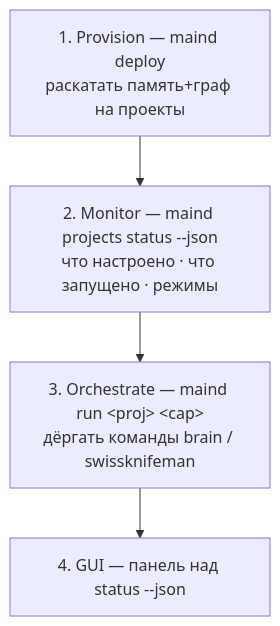
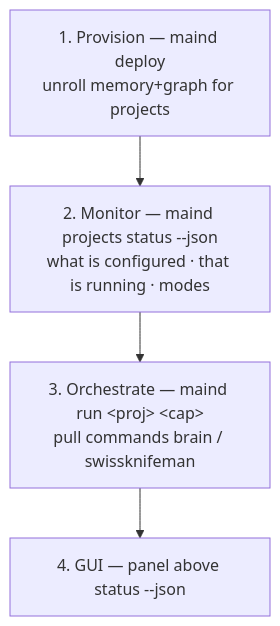
The sixth of 6 diagrams in packages/maind/docs/ecosystem.md (academici/swissknifeman), drawn with Mermaid before and after one commit. The commit also changed other lines of this file and 1553 other files, not shown here.

````diff
--- a/packages/maind/docs/ecosystem.md
+++ b/packages/maind/docs/ecosystem.md
@@ -133,8 +133,8 @@
 ```mermaid
 flowchart TD
-  P["1. Provision — maind deploy<br/>раскатать память+граф на проекты"]
-  M["2. Monitor — maind projects status --json<br/>что настроено · что запущено · режимы"]
-  O["3. Orchestrate — maind run &lt;proj&gt; &lt;cap&gt;<br/>дёргать команды brain / swissknifeman"]
-  G["4. GUI — панель над status --json"]
+  P["1. Provision — maind deploy<br/>unroll memory+graph for projects"]
+  M["2. Monitor — maind projects status --json<br/>what is configured · that is running · modes"]
+  O["3. Orchestrate — maind run &lt;proj&gt; &lt;cap&gt;<br/>pull commands brain / swissknifeman"]
+  G["4. GUI — panel above status --json"]
   P --> M --> O --> G
 ```
````
